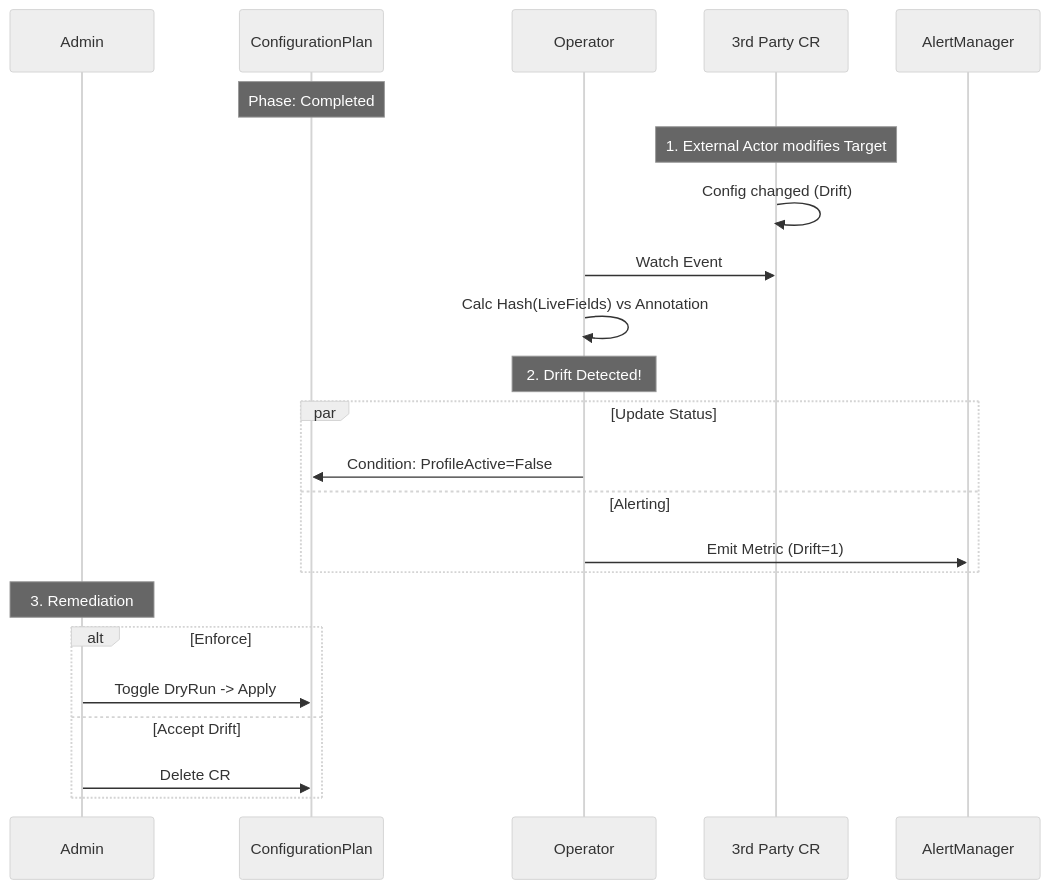
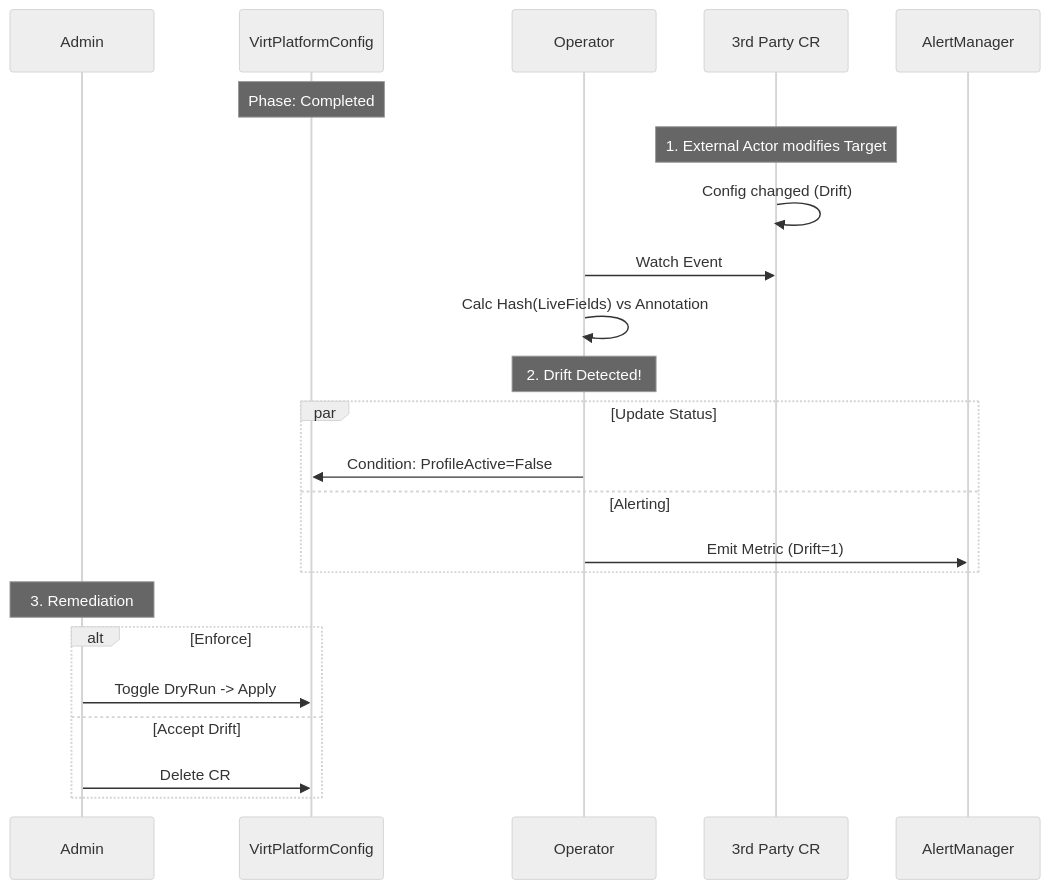
The third of 4 diagrams in docs/vep.md (tiraboschi/virt-advisor-operator), drawn with Mermaid (neutral theme) before and after one commit. The commit also changed other lines of this file and 28 other files, not shown here.

````diff
--- a/docs/vep.md
+++ b/docs/vep.md
@@ -183,31 +183,31 @@
 ```mermaid
 sequenceDiagram
     participant Admin
-    participant Plan as ConfigurationPlan
+    participant Plan as VirtPlatformConfig
     participant Operator
     participant Target as 3rd Party CR
     participant AlertManager
 
     Note over Plan: Phase: Completed
 
     Note over Target: 1. External Actor modifies Target
     Target->>Target: Config changed (Drift)
     
     Operator->>Target: Watch Event
     Operator->>Operator: Calc Hash(LiveFields) vs Annotation
     
     Note over Operator: 2. Drift Detected!
     
     par Update Status
         Operator->>Plan: Condition: ProfileActive=False
     and Alerting
         Operator->>AlertManager: Emit Metric (Drift=1)
     end
     
     Note over Admin: 3. Remediation
     alt Enforce
         Admin->>Plan: Toggle DryRun -> Apply
     else Accept Drift
         Admin->>Plan: Delete CR
     end
 ```
````
